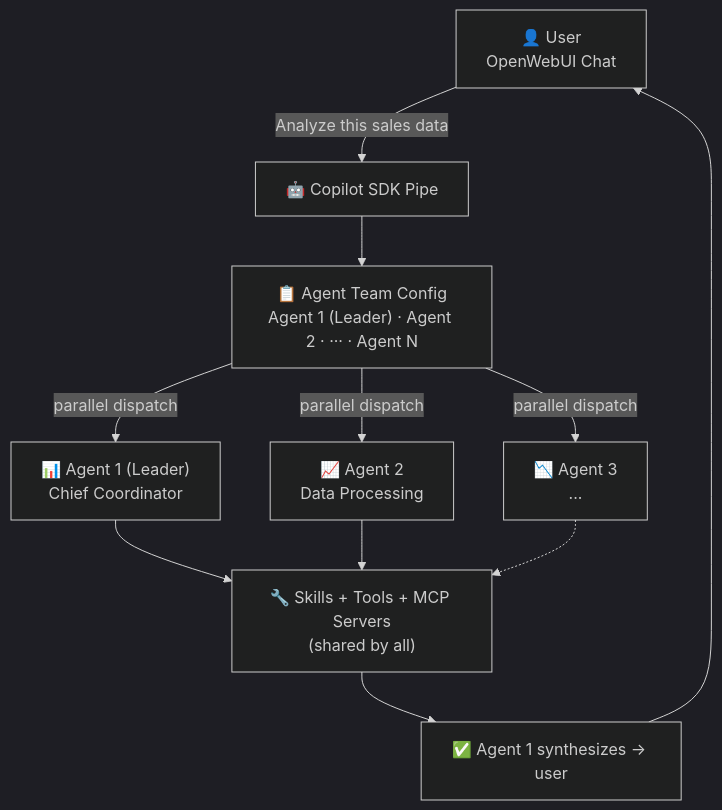
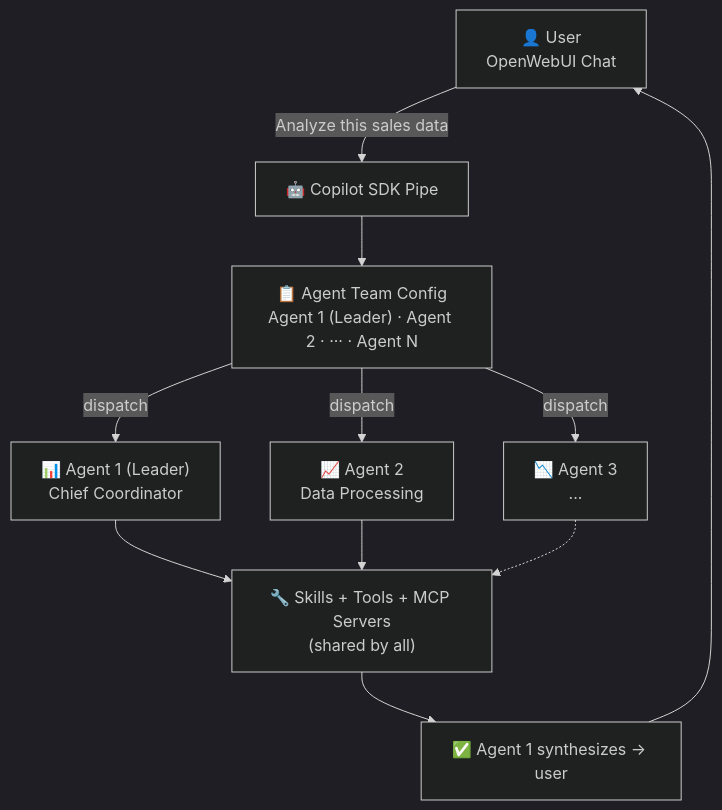
Before and after one commit to MarceloMassarente/openwebui-extensions: the diagram in plugins/pipes/github-copilot-sdk/community_post.md, drawn with Mermaid (dark theme). The commit also changed 1 other file, not shown here.

Commit message:
docs(github-copilot-sdk): remove 'parallel' from dispatch arrows in Mermaid diagram

````diff
--- a/plugins/pipes/github-copilot-sdk/community_post.md
+++ b/plugins/pipes/github-copilot-sdk/community_post.md
@@ -31,22 +31,22 @@
 ```mermaid
 flowchart TD
     User["👤 User<br/>OpenWebUI Chat"]
     Pipe["🤖 Copilot SDK Pipe"]
     Config["📋 Agent Team Config<br/>Agent 1 (Leader) · Agent 2 · ··· · Agent N"]
     A1["📊 Agent 1 (Leader)<br/>Chief Coordinator"]
     A2["📈 Agent 2<br/>Data Processing"]
     A3["📉 Agent 3<br/>..."]
     Tools["🔧 Skills + Tools + MCP Servers<br/>(shared by all)"]
     Result["✅ Agent 1 synthesizes → user"]
 
     User -->|"Analyze this sales data"| Pipe
     Pipe --> Config
-    Config -->|"parallel dispatch"| A1
-    Config -->|"parallel dispatch"| A2
-    Config -->|"parallel dispatch"| A3
+    Config -->|"dispatch"| A1
+    Config -->|"dispatch"| A2
+    Config -->|"dispatch"| A3
     A1 --> Tools
     A2 --> Tools
     A3 -.-> Tools
     Tools --> Result
     Result --> User
 ```
````
